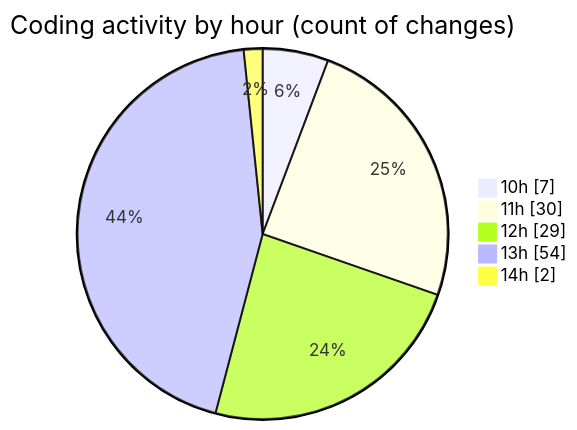
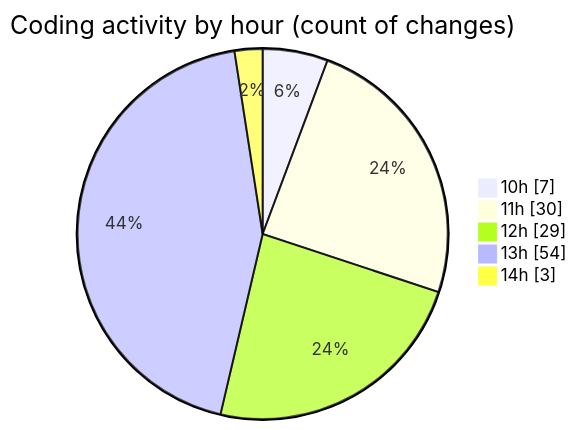
The second of 2 diagrams in 2025-06-26/cda/README.md (momahboobian/code-tracking), drawn with Mermaid before and after one commit. The commit also changed other lines of this file and 1 other file, not shown here.

````diff
--- a/2025-06-26/cda/README.md
+++ b/2025-06-26/cda/README.md
@@ -39,9 +40,9 @@
 ```mermaid
 pie showData
 title Coding activity by hour (count of changes)
 "10h" : 7
 "11h" : 30
 "12h" : 29
 "13h" : 54
-"14h" : 2
+"14h" : 3
 ```
````
